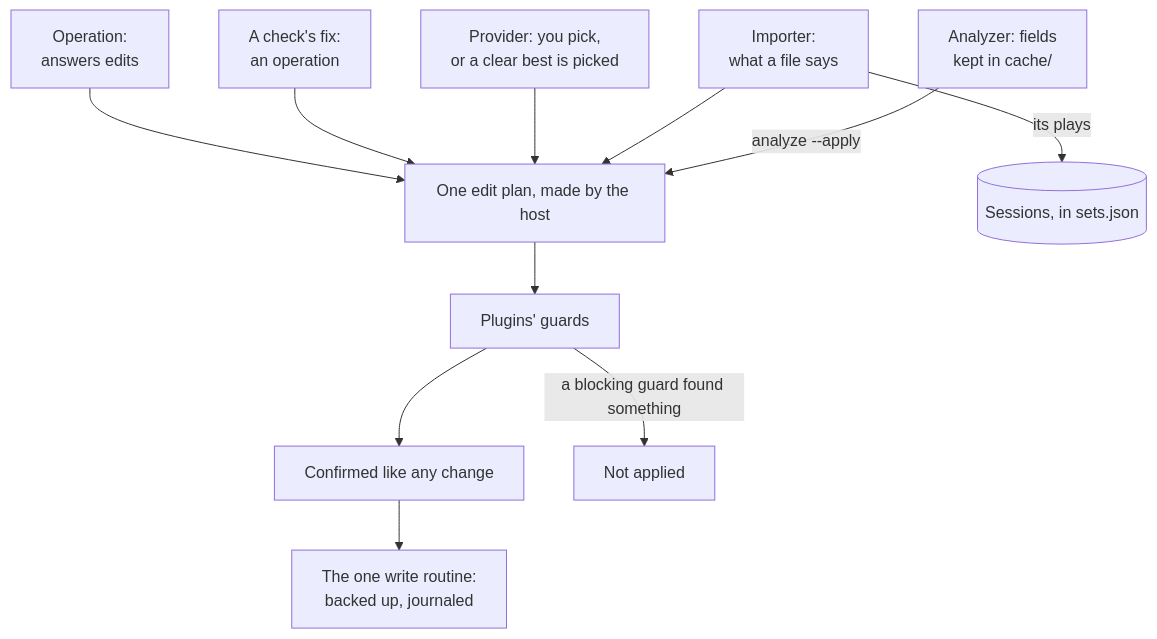
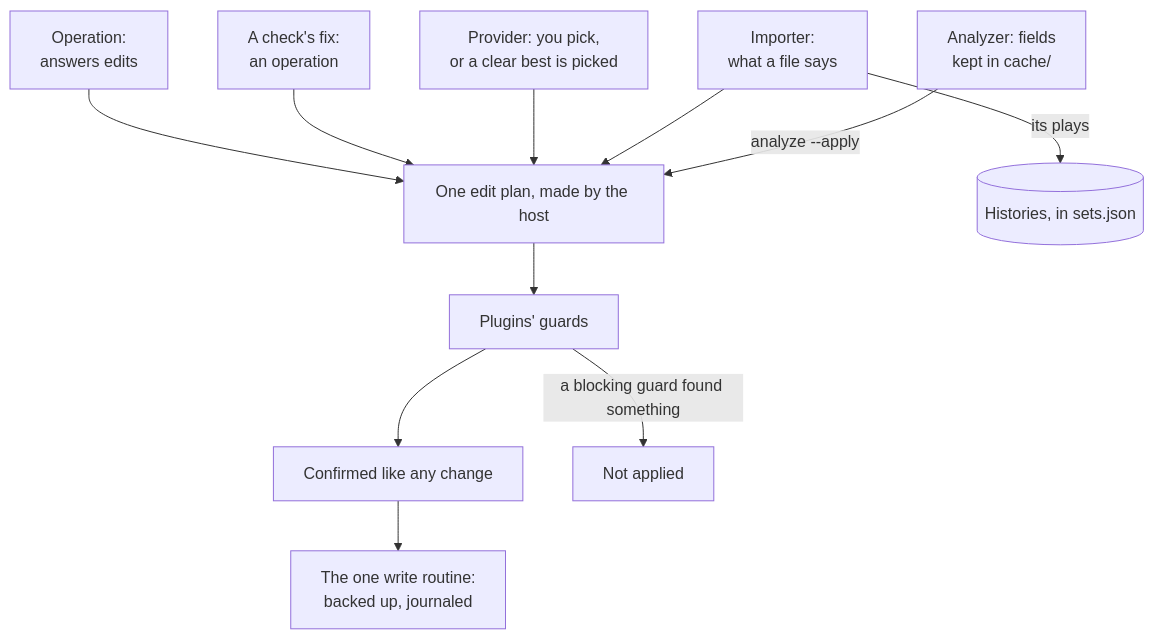
One commit to cutenode/localnetwork changed the tenth of 17 diagrams in apps/locallibrary/docs/diagrams/plugins.md. Above: the diagram before and after it, drawn with Mermaid. The commit also changed 4 other files, not shown here.

First line of the commit message:
docs(locallibrary): use the glossary's words and fix the player's charts

````diff
--- a/apps/locallibrary/docs/diagrams/plugins.md
+++ b/apps/locallibrary/docs/diagrams/plugins.md
@@ -224,13 +224,13 @@
 ```mermaid
 flowchart TD
     op["Operation:<br/>answers edits"] --> plan["One edit plan, made by the host"]
     fix["A check's fix:<br/>an operation"] --> plan
     provider["Provider: you pick,<br/>or a clear best is picked"] --> plan
     importer["Importer:<br/>what a file says"] --> plan
-    importer -->|"its plays"| sessions[("Sessions, in sets.json")]
+    importer -->|"its plays"| sessions[("Histories, in sets.json")]
     analyzer["Analyzer: fields<br/>kept in cache/"] -->|"analyze --apply"| plan
     plan --> guards["Plugins' guards"]
     guards --> confirm["Confirmed like any change"]
     guards -->|"a blocking guard found something"| blocked["Not applied"]
     confirm --> write["The one write routine:<br/>backed up, journaled"]
 ```
````
